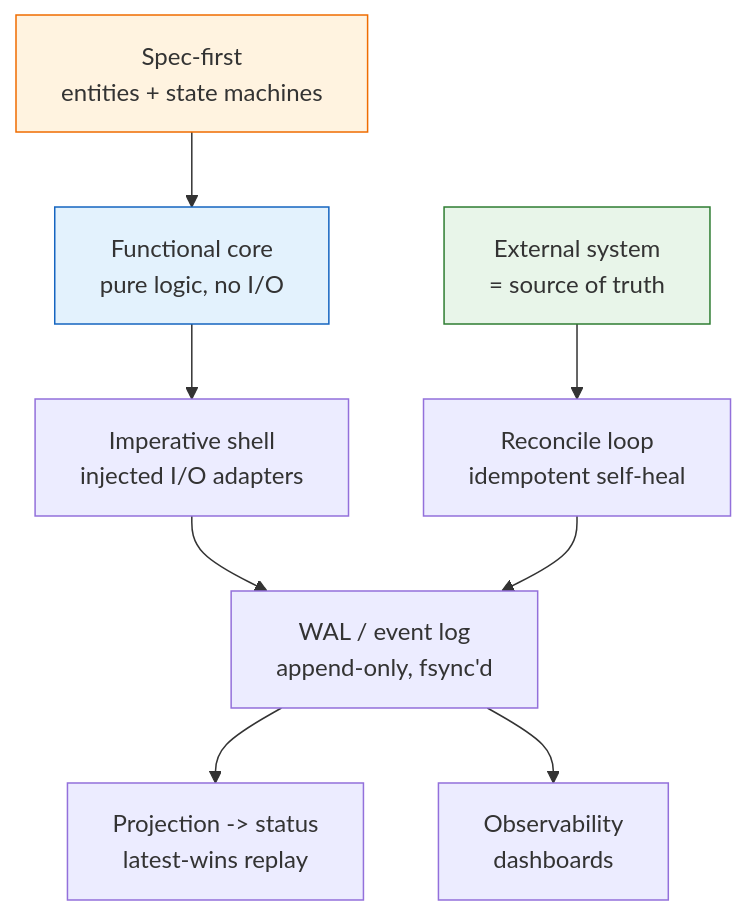
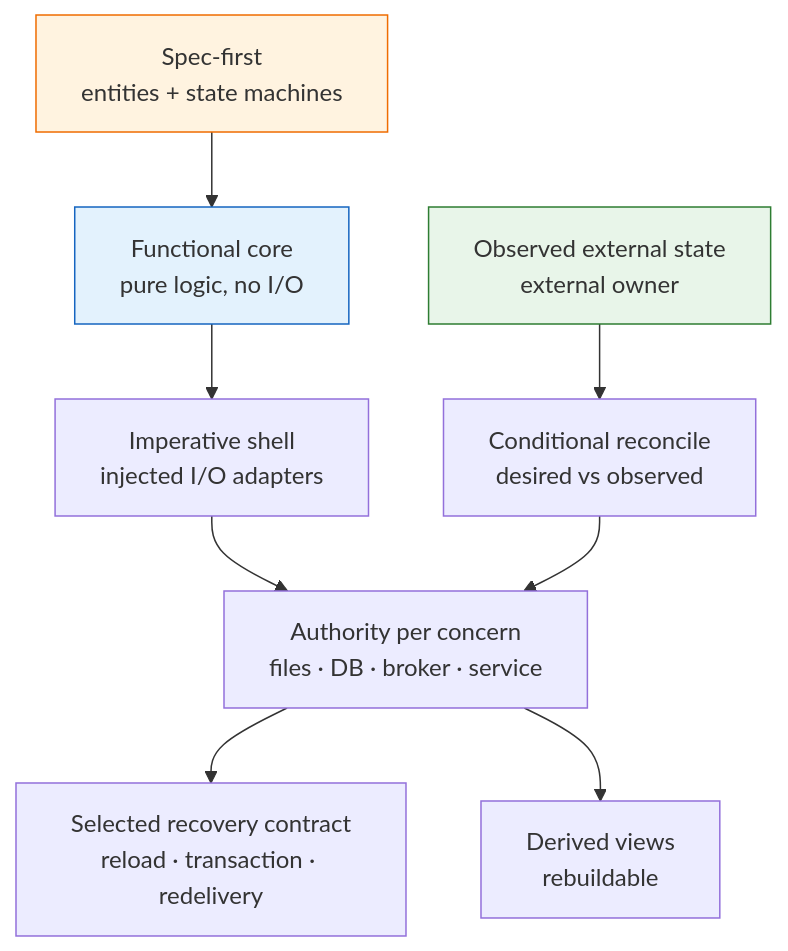
The diagram in methodology/04_General Build Rules — Tool Code Conventions.md (anatoly-m-maslennikov/dset-specs-loops-framework), drawn with Mermaid before and after one commit. The commit also changed other lines of this file and 48 other files, not shown here.

````diff
--- a/methodology/04_General Build Rules — Tool Code Conventions.md
+++ b/methodology/04_General Build Rules — Tool Code Conventions.md
@@ -8,13 +8,13 @@
 ```mermaid
 graph TD
     SPEC["Spec-first<br/>entities + state machines"] --> CORE["Functional core<br/>pure logic, no I/O"]
     CORE --> SHELL["Imperative shell<br/>injected I/O adapters"]
-    SHELL --> WAL["WAL / event log<br/>append-only, fsync'd"]
-    WAL --> PROJ["Projection -> status<br/>latest-wins replay"]
-    SRC["External system<br/>= source of truth"] --> RECON["Reconcile loop<br/>idempotent self-heal"]
-    RECON --> WAL
-    WAL --> DASH["Observability<br/>dashboards"]
+    SHELL --> OWN["Authority per concern<br/>files · DB · broker · service"]
+    OWN --> REC["Selected recovery contract<br/>reload · transaction · redelivery"]
+    SRC["Observed external state<br/>external owner"] --> RECON["Conditional reconcile<br/>desired vs observed"]
+    RECON --> OWN
+    OWN --> DASH["Derived views<br/>rebuildable"]
     style SPEC fill:#fff3e0,stroke:#ef6c00
     style CORE fill:#e3f2fd,stroke:#1565c0
     style SRC fill:#e8f5e9,stroke:#2e7d32
 ```
````
